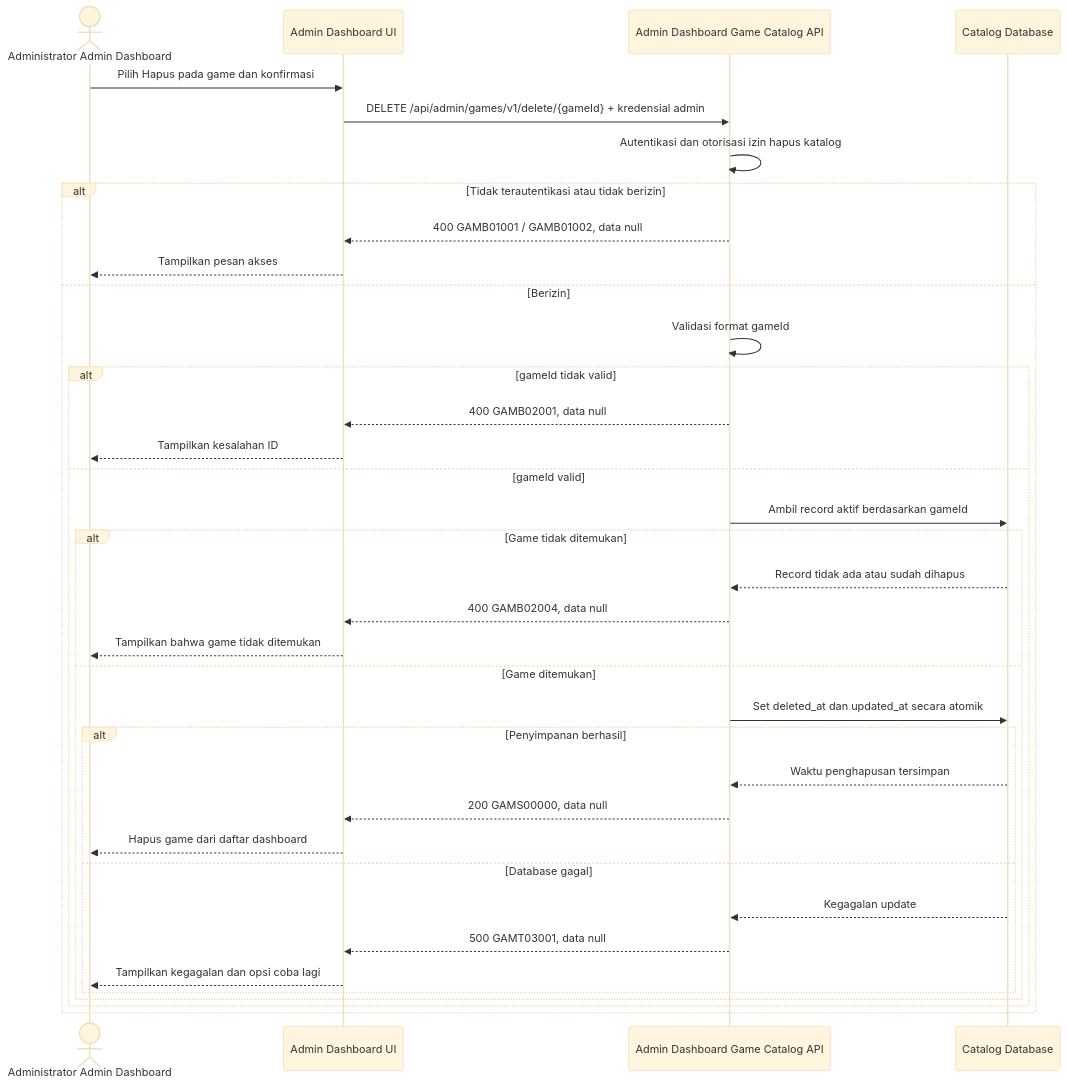
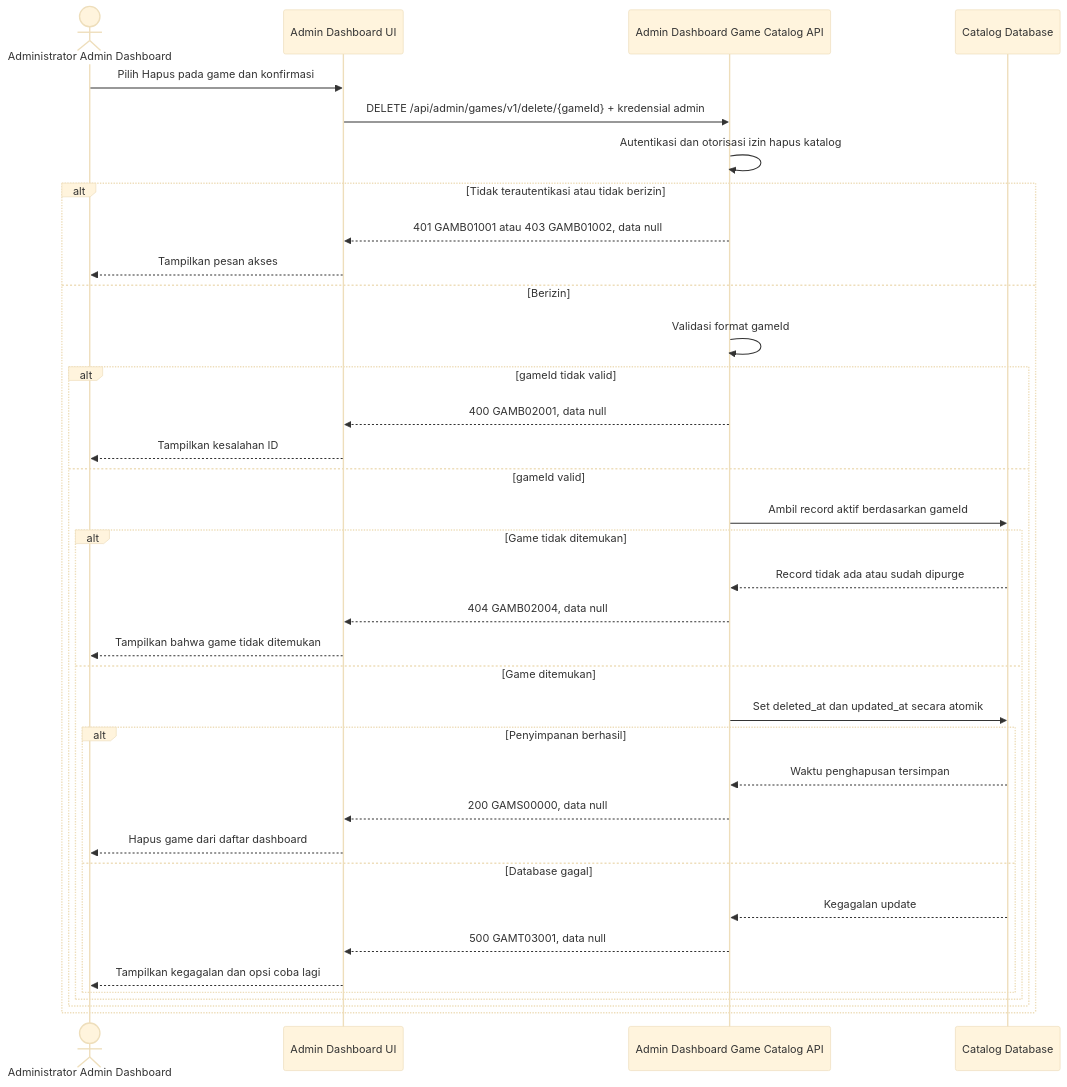
One commit to fatihmuhamadridho/docs-game-service-platform changed the diagram in sprint-1/solutioning/dashboard/games/delete-game.md. Above: the diagram before and after it, drawn with Mermaid (base theme). The commit also changed other lines of this file and 32 other files, not shown here.

````diff
--- a/sprint-1/solutioning/dashboard/games/delete-game.md
+++ b/sprint-1/solutioning/dashboard/games/delete-game.md
@@ -14,38 +14,38 @@
 ```mermaid
 sequenceDiagram
     actor Admin as Administrator Admin Dashboard
     participant UI as Admin Dashboard UI
     participant API as Admin Dashboard Game Catalog API
     participant DB as Catalog Database
     Admin->>UI: Pilih Hapus pada game dan konfirmasi
     UI->>API: DELETE /api/admin/games/v1/delete/{gameId} + kredensial admin
     API->>API: Autentikasi dan otorisasi izin hapus katalog
     alt Tidak terautentikasi atau tidak berizin
-        API-->>UI: 400 GAMB01001 / GAMB01002, data null
+        API-->>UI: 401 GAMB01001 atau 403 GAMB01002, data null
         UI-->>Admin: Tampilkan pesan akses
     else Berizin
         API->>API: Validasi format gameId
         alt gameId tidak valid
             API-->>UI: 400 GAMB02001, data null
             UI-->>Admin: Tampilkan kesalahan ID
         else gameId valid
             API->>DB: Ambil record aktif berdasarkan gameId
             alt Game tidak ditemukan
-                DB-->>API: Record tidak ada atau sudah dihapus
-                API-->>UI: 400 GAMB02004, data null
+                DB-->>API: Record tidak ada atau sudah dipurge
+                API-->>UI: 404 GAMB02004, data null
                 UI-->>Admin: Tampilkan bahwa game tidak ditemukan
             else Game ditemukan
                 API->>DB: Set deleted_at dan updated_at secara atomik
                 alt Penyimpanan berhasil
                     DB-->>API: Waktu penghapusan tersimpan
                     API-->>UI: 200 GAMS00000, data null
                     UI-->>Admin: Hapus game dari daftar dashboard
                 else Database gagal
                     DB-->>API: Kegagalan update
                     API-->>UI: 500 GAMT03001, data null
                     UI-->>Admin: Tampilkan kegagalan dan opsi coba lagi
                 end
             end
         end
     end
 ```
````
